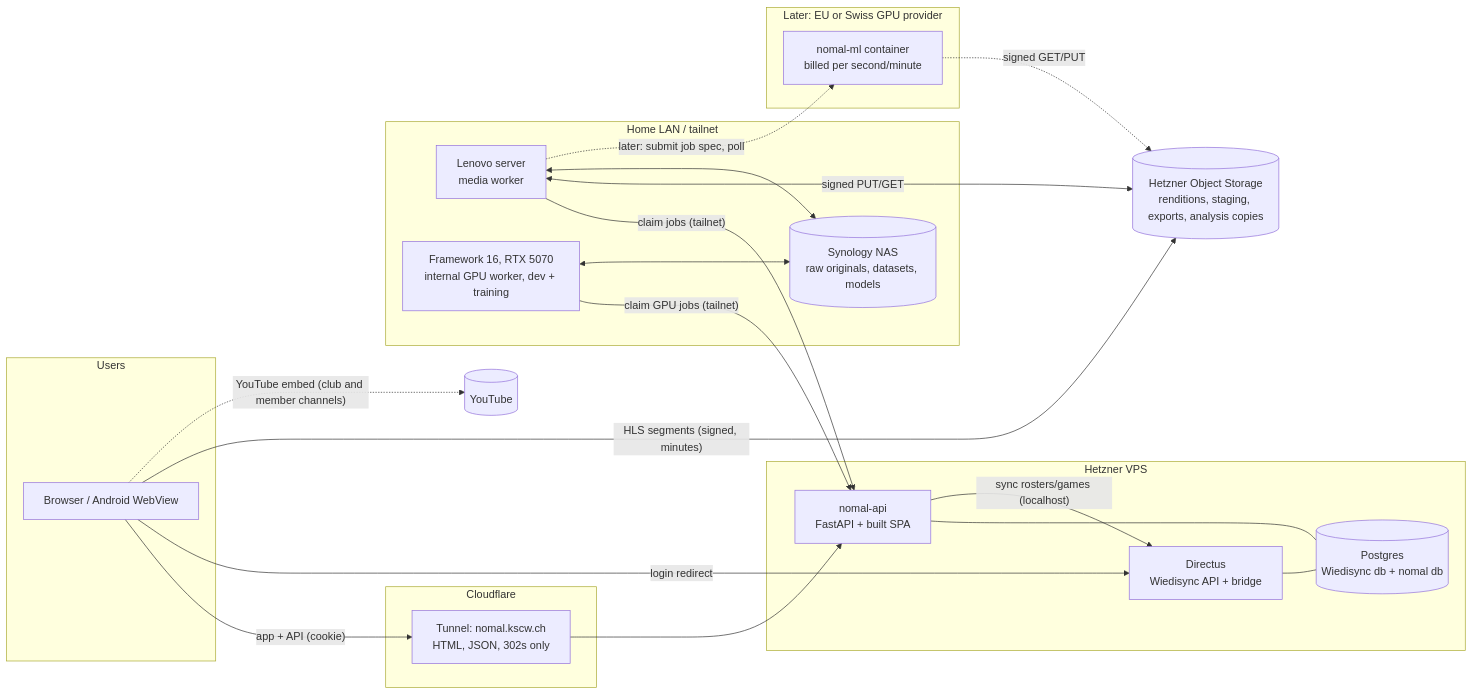
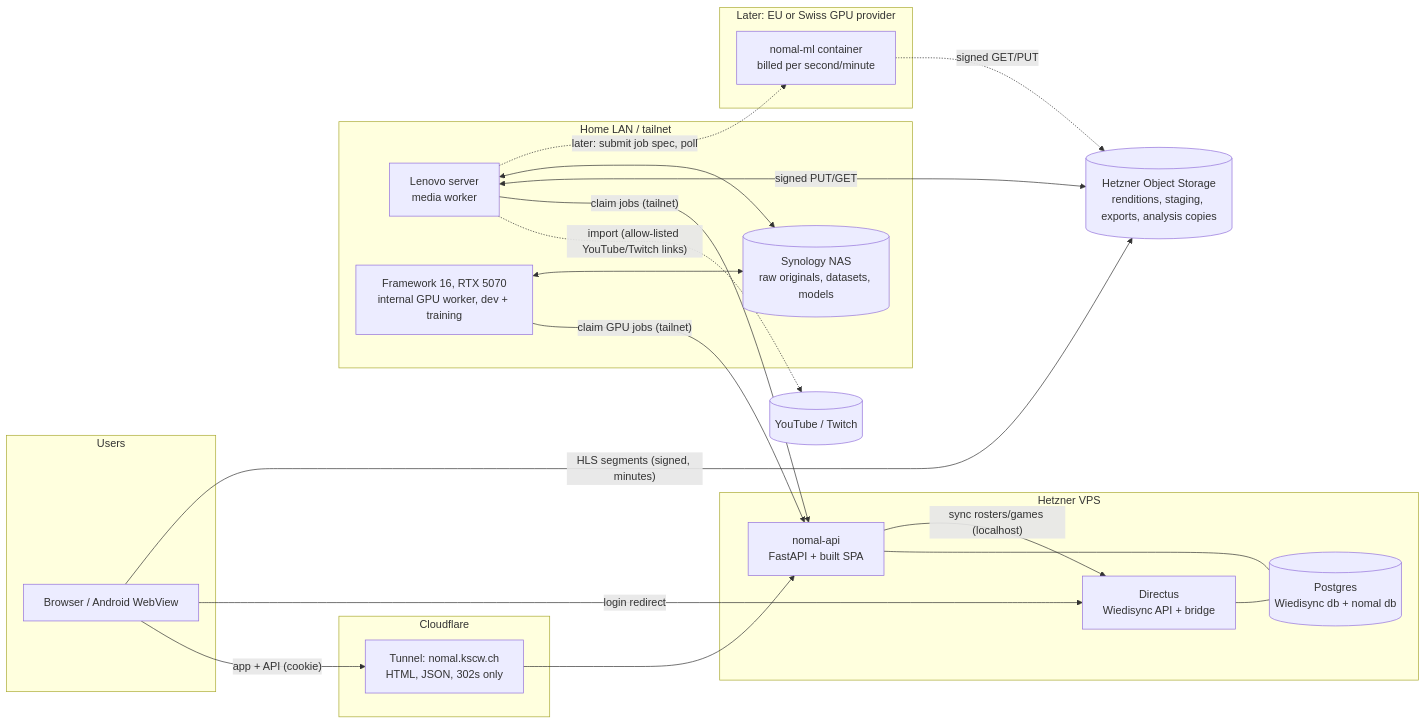
One commit to KSC-Wiedikon/wieplay changed the first of 4 diagrams in docs/PLAN.md. Above: the diagram before and after it, drawn with Mermaid. The commit also changed other lines of this file, not shown here.

First line of the commit message:
docs(plan): automatic stitching of split recordings; import from YouTube/Twitch links

````diff
--- a/docs/PLAN.md
+++ b/docs/PLAN.md
@@ -111,43 +111,43 @@
 ```mermaid
 flowchart LR
   subgraph Users
     B[Browser / Android WebView]
   end
 
   subgraph CF[Cloudflare]
     T[Tunnel: nomal.kscw.ch<br/>HTML, JSON, 302s only]
   end
 
   subgraph H[Hetzner VPS]
     API[nomal-api<br/>FastAPI + built SPA]
     DX[Directus<br/>Wiedisync API + bridge]
     PG[(Postgres<br/>Wiedisync db + nomal db)]
   end
 
   OS[(Hetzner Object Storage<br/>renditions, staging, exports, analysis copies)]
 
   subgraph Home[Home LAN / tailnet]
     LS[Lenovo server<br/>media worker]
     FW[Framework 16, RTX 5070<br/>internal GPU worker, dev + training]
     NAS[(Synology NAS<br/>raw originals, datasets, models)]
   end
 
   subgraph Later[Later: EU or Swiss GPU provider]
     ML[nomal-ml container<br/>billed per second/minute]
   end
 
   B -- "app + API (cookie)" --> T --> API
   B -- "login redirect" --> DX
   B -- "HLS segments (signed, minutes)" --> OS
-  B -. "YouTube embed (club and member channels)" .-> YT[(YouTube)]
+  LS -. "import (allow-listed YouTube/Twitch links)" .-> YT[(YouTube / Twitch)]
   API --- PG
   DX --- PG
   API -- "sync rosters/games (localhost)" --> DX
   LS -- "claim jobs (tailnet)" --> API
   FW -- "claim GPU jobs (tailnet)" --> API
   LS <-- "signed PUT/GET" --> OS
   LS <--> NAS
   FW <--> NAS
   LS -. "later: submit job spec, poll" .-> ML
   ML -. "signed GET/PUT" .-> OS
 ```
````
